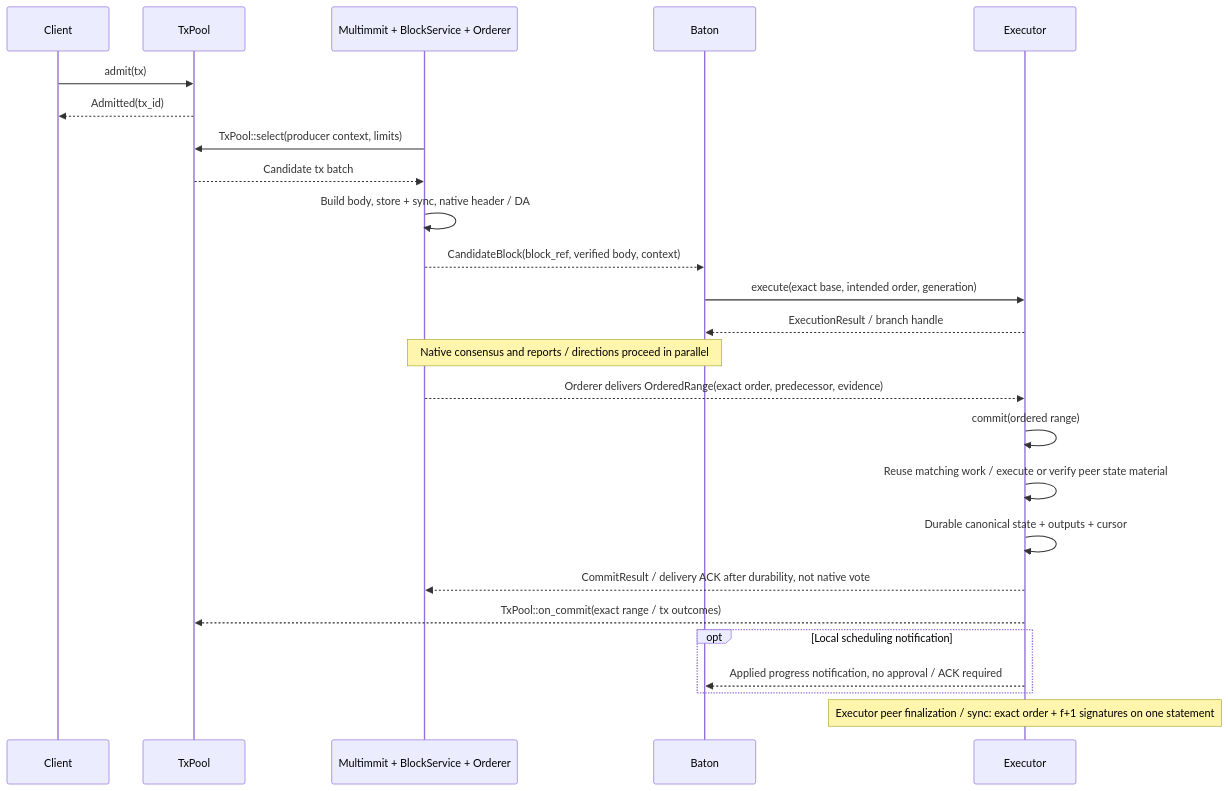
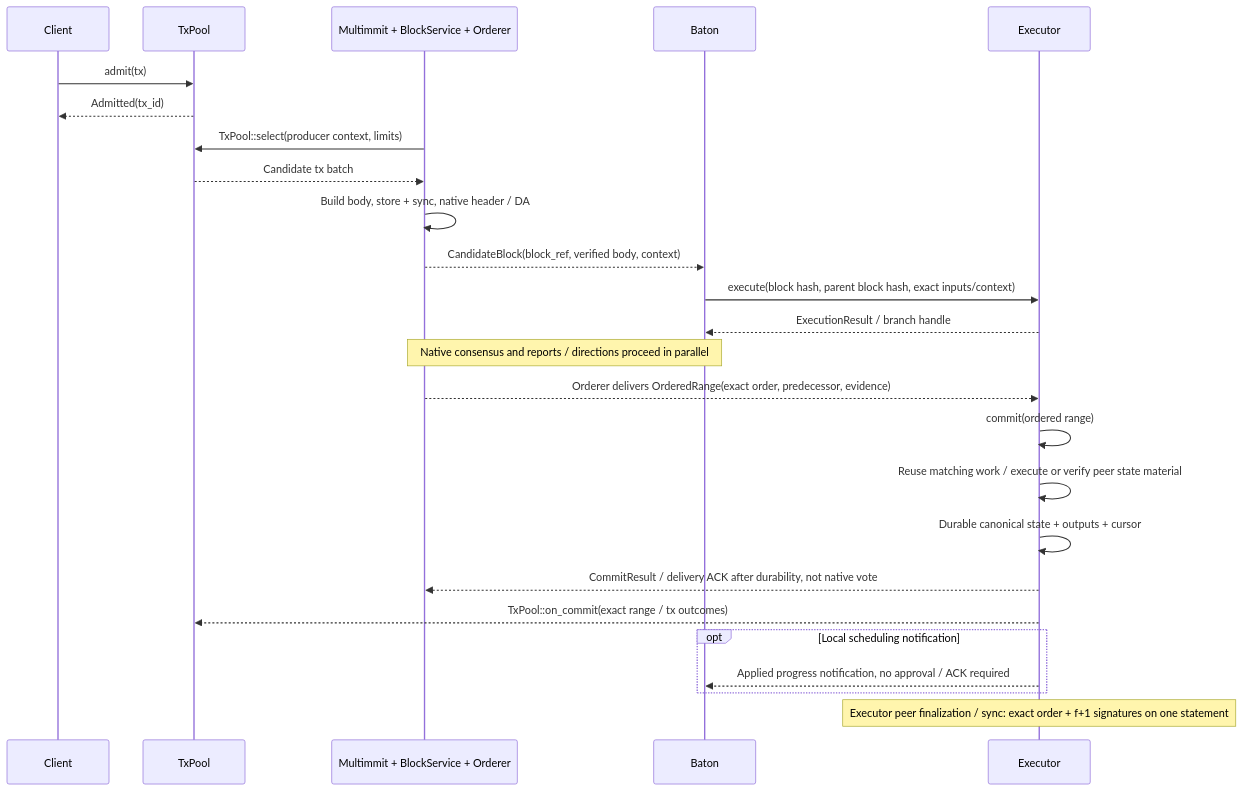
One commit to djm07073/baton-research changed the first of 2 diagrams in docs/e2e/normal.md. Above: the diagram before and after it, drawn with Mermaid. The commit also changed 61 other files, not shown here.

````diff
--- a/docs/e2e/normal.md
+++ b/docs/e2e/normal.md
@@ -7,27 +7,27 @@
 ```mermaid
 sequenceDiagram
     participant C as Client
     participant T as TxPool
     participant N as Multimmit + BlockService + Orderer
     participant B as Baton
     participant E as Executor
     C->>T: admit(tx)
     T-->>C: Admitted(tx_id)
     N->>T: TxPool::select(producer context, limits)
     T-->>N: Candidate tx batch
     N->>N: Build body, store + sync, native header / DA
     N-->>B: CandidateBlock(block_ref, verified body, context)
-    B->>E: execute(exact base, intended order, generation)
+    B->>E: execute(block hash, parent block hash, exact inputs/context)
     E-->>B: ExecutionResult / branch handle
     Note over N,B: Native consensus and reports / directions proceed in parallel
     N-->>E: Orderer delivers OrderedRange(exact order, predecessor, evidence)
     E->>E: commit(ordered range)
     E->>E: Reuse matching work / execute or verify peer state material
     E->>E: Durable canonical state + outputs + cursor
     E-->>N: CommitResult / delivery ACK after durability, not native vote
     E-->>T: TxPool::on_commit(exact range / tx outcomes)
     opt Local scheduling notification
         E-->>B: Applied progress notification, no approval / ACK required
     end
     Note over E: Executor peer finalization / sync: exact order + f+1 signatures on one statement
 ```
````
